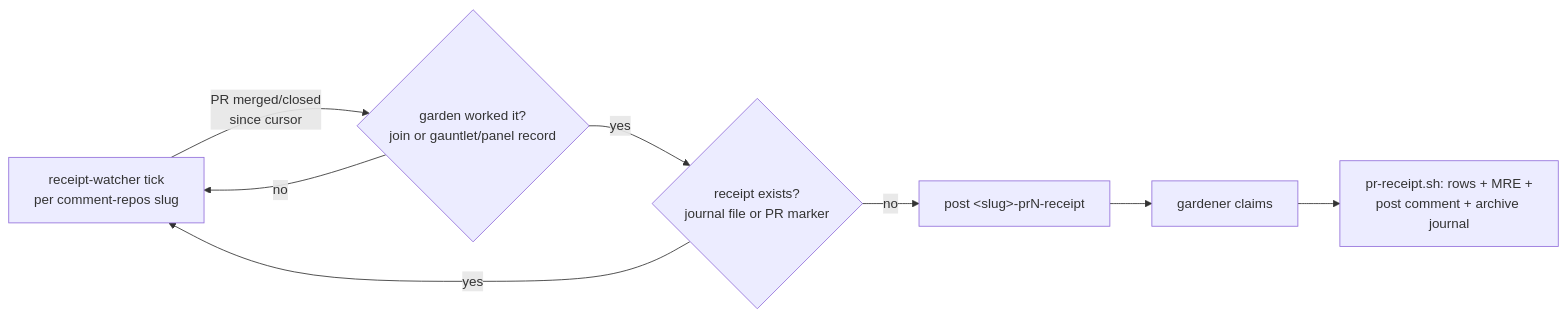
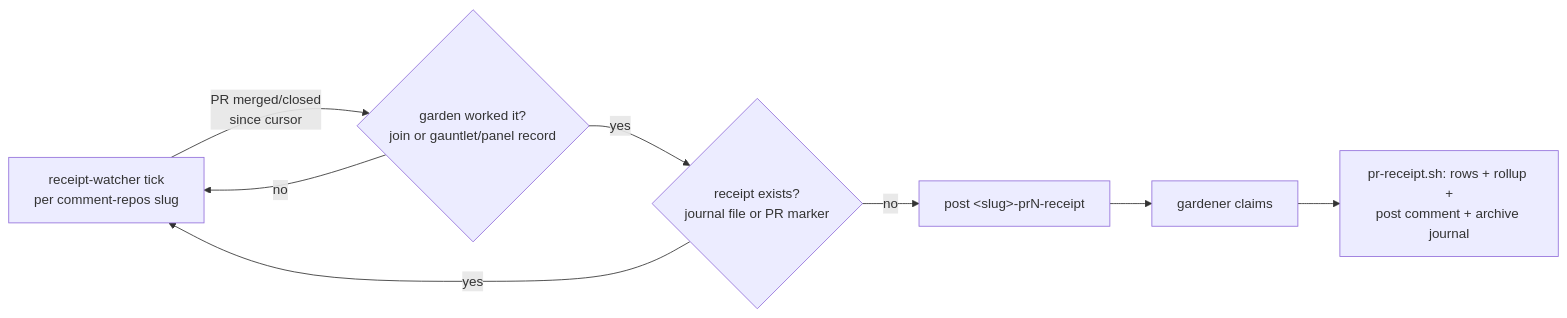
One commit to kriscendobot/garden changed the diagram in designs/pr-completion-receipts.md. Above: the diagram before and after it, drawn with Mermaid. The commit also changed other lines of this file and 7 other files, not shown here.

````diff
--- a/designs/pr-completion-receipts.md
+++ b/designs/pr-completion-receipts.md
@@ -246,10 +221,10 @@
 ```mermaid
 flowchart LR
   A[receipt-watcher tick<br/>per comment-repos slug] -->|PR merged/closed<br/>since cursor| B{garden worked it?<br/>join or gauntlet/panel record}
   B -- no --> A
   B -- yes --> C{receipt exists?<br/>journal file or PR marker}
   C -- yes --> A
   C -- no --> D[post &lt;slug&gt;-prN-receipt]
   D --> E[gardener claims]
-  E --> F[pr-receipt.sh: rows + MRE +<br/>post comment + archive journal]
+  E --> F[pr-receipt.sh: rows + rollup +<br/>post comment + archive journal]
 ```
````
